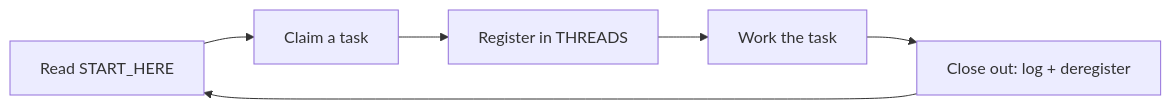
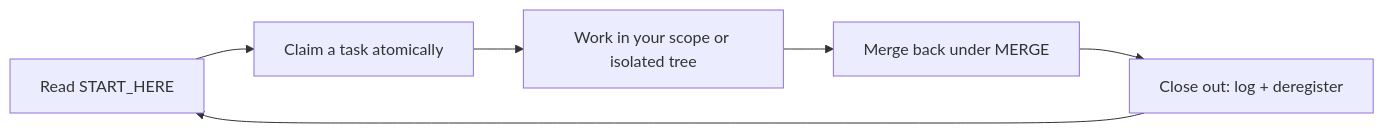
One commit to moiz-za/system-kit changed the diagram in README.md. Above: the diagram before and after it, drawn with Mermaid. The commit also changed other lines of this file and 23 other files, not shown here.

````diff
--- a/README.md
+++ b/README.md
@@ -82,8 +82,8 @@
 ```mermaid
 flowchart LR
-    A["Read START_HERE"] --> B["Claim a task"]
-    B --> C["Register in THREADS"]
-    C --> D["Work the task"]
+    A["Read START_HERE"] --> B["Claim a task atomically"]
+    B --> C["Work in your scope or isolated tree"]
+    C --> D["Merge back under MERGE"]
     D --> E["Close out: log + deregister"]
     E --> A
 ```
````
